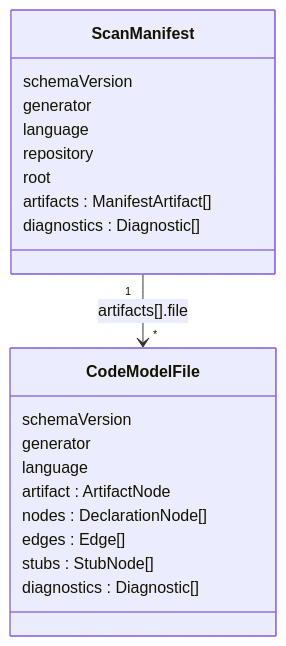
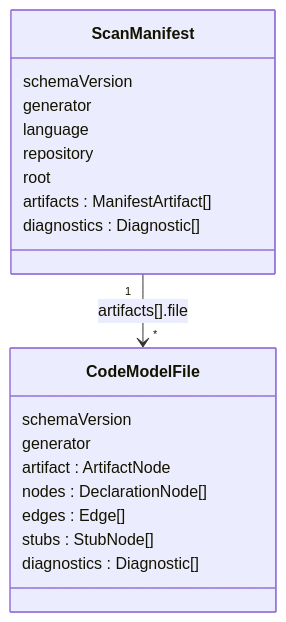
The second of 7 diagrams in docs/arch/code-model.md (NoesisVision/noesis), drawn with Mermaid before and after one commit. The commit also changed other lines of this file and 41 other files, not shown here.

````diff
--- a/docs/arch/code-model.md
+++ b/docs/arch/code-model.md
@@ -31,23 +38,22 @@
 ```mermaid
 classDiagram
     class ScanManifest {
         schemaVersion
         generator
         language
         repository
         root
         artifacts : ManifestArtifact[]
         diagnostics : Diagnostic[]
     }
     class CodeModelFile {
         schemaVersion
         generator
-        language
         artifact : ArtifactNode
         nodes : DeclarationNode[]
         edges : Edge[]
         stubs : StubNode[]
         diagnostics : Diagnostic[]
     }
     ScanManifest "1" --> "*" CodeModelFile : artifacts[].file
 ```
````
